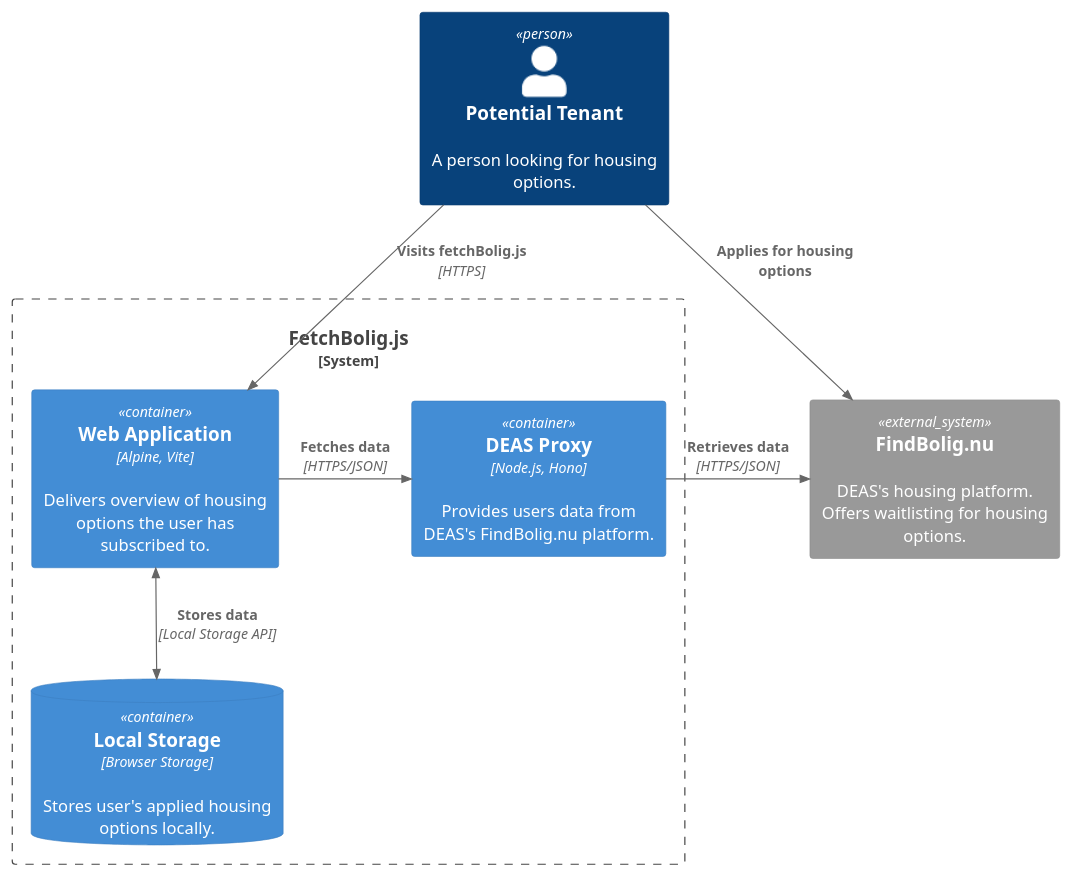
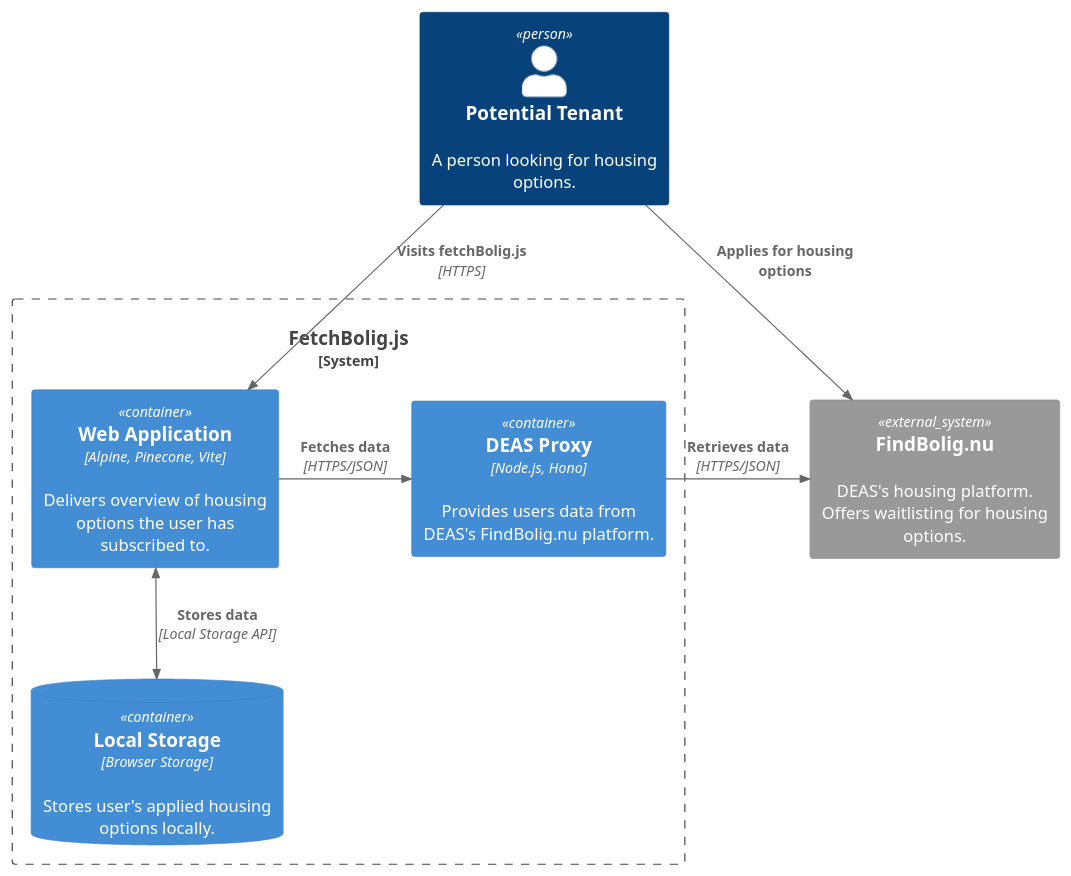
The diagram in misc/diagrams/C4_Container_webapp.puml (Omarley7/fetchBolig.js), drawn with PlantUML before and after one commit. The commit also changed 7 other files, not shown here.

```diff
--- a/misc/diagrams/C4_Container_webapp.puml
+++ b/misc/diagrams/C4_Container_webapp.puml
@@ -1,17 +1,17 @@
 @startuml C4 Container Diagram for FetchBolig.js
 !include <C4/C4_Container>
 
 Person(tenant, "Potential Tenant", "A person looking for housing options.")
 System_Boundary(c1, "FetchBolig.js") {
-    Container(web_app, "Web Application", "Alpine, Vite", "Delivers overview of housing options the user has subscribed to.")
+    Container(web_app, "Web Application", "Alpine, Pinecone, Vite", "Delivers overview of housing options the user has subscribed to.")
     Container(proxy_deas, "DEAS Proxy", "Node.js, Hono", "Provides users data from DEAS's FindBolig.nu platform.")
     ContainerDb(database, "Local Storage", "Browser Storage", "Stores user's applied housing options locally.")
 }
 System_Ext(findBolig, "FindBolig.nu", "DEAS's housing platform. Offers waitlisting for housing options.")
 
 Rel(tenant, findBolig, "Applies for housing options")
 Rel(tenant, web_app, "Visits fetchBolig.js", "HTTPS")
 Rel_R(web_app, proxy_deas, "Fetches data", "HTTPS/JSON")
 Rel_R(proxy_deas, findBolig, "Retrieves data", "HTTPS/JSON")
 BiRel_D(web_app, database, "Stores data", "Local Storage API")
 @enduml
```
